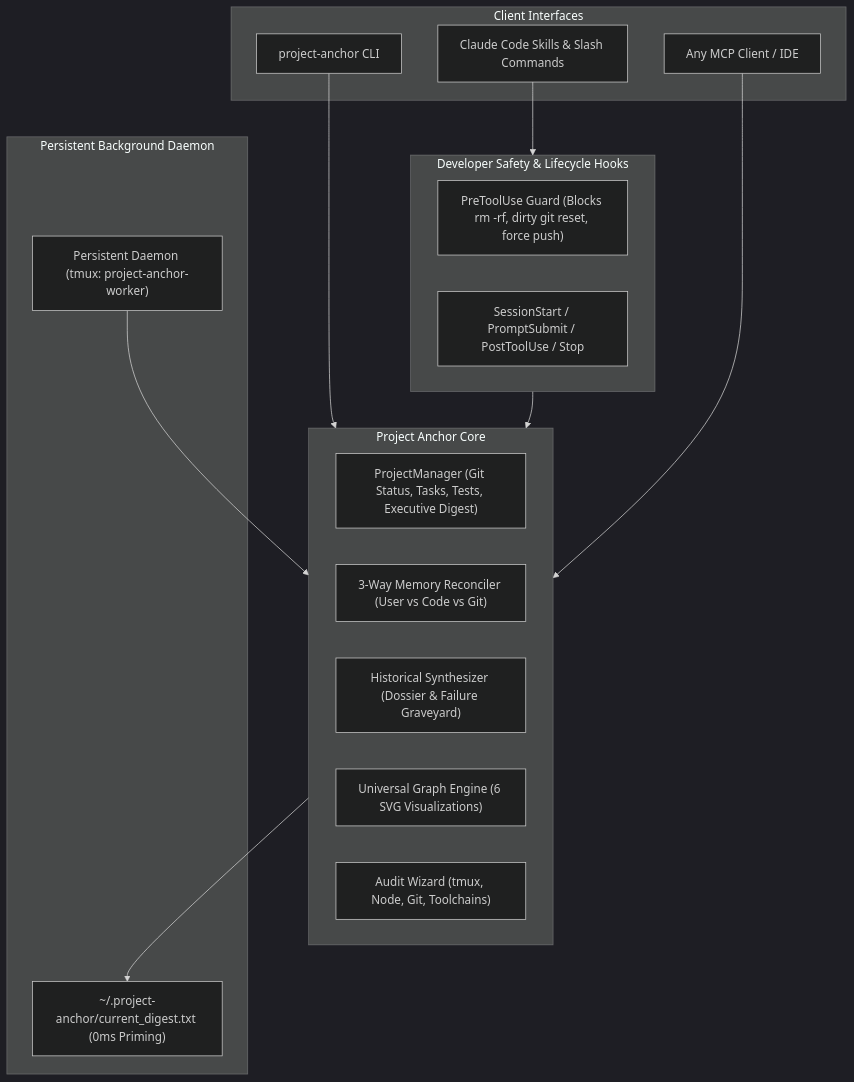
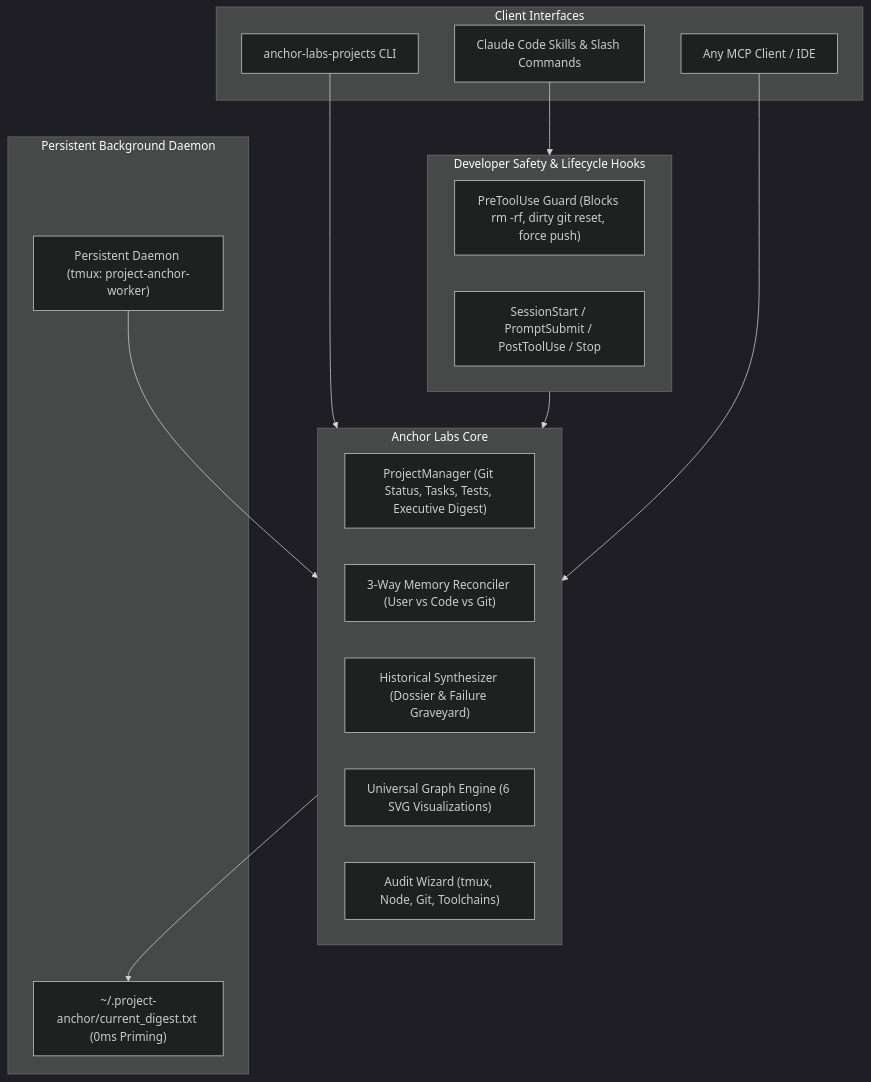
The diagram in README.md (CodeMasterCody3D/Anchor-Labs-Projects), drawn with Mermaid (dark theme) before and after one commit. The commit also changed other lines of this file and 5 other files, not shown here.

Commit message:
chore: update branding to Anchor-Labs-Projects and add CLI aliases

````diff
--- a/README.md
+++ b/README.md
@@ -13,33 +13,33 @@
 ```mermaid
 flowchart TD
   subgraph UserInterface["Client Interfaces"]
-    CLI["project-anchor CLI"]
+    CLI["anchor-labs-projects CLI"]
     Claude["Claude Code Skills & Slash Commands"]
     MCPClient["Any MCP Client / IDE"]
   end
 
   subgraph HooksAndGuards["Developer Safety & Lifecycle Hooks"]
     SafetyGuard["PreToolUse Guard (Blocks rm -rf, dirty git reset, force push)"]
     SessionHooks["SessionStart / PromptSubmit / PostToolUse / Stop"]
   end
 
-  subgraph CoreServer["Project Anchor Core"]
+  subgraph CoreServer["Anchor Labs Core"]
     PM["ProjectManager (Git Status, Tasks, Tests, Executive Digest)"]
     Reconciler["3-Way Memory Reconciler (User vs Code vs Git)"]
     Synthesizer["Historical Synthesizer (Dossier & Failure Graveyard)"]
     GraphEngine["Universal Graph Engine (6 SVG Visualizations)"]
     Auditor["Audit Wizard (tmux, Node, Git, Toolchains)"]
   end
 
   subgraph DaemonLayer["Persistent Background Daemon"]
     TmuxWorker["Persistent Daemon (tmux: project-anchor-worker)"]
     DigestCache["~/.project-anchor/current_digest.txt (0ms Priming)"]
   end
 
   CLI --> CoreServer
   Claude --> HooksAndGuards
   HooksAndGuards --> CoreServer
   MCPClient --> CoreServer
   TmuxWorker --> CoreServer
   CoreServer --> DigestCache
 ```
````
